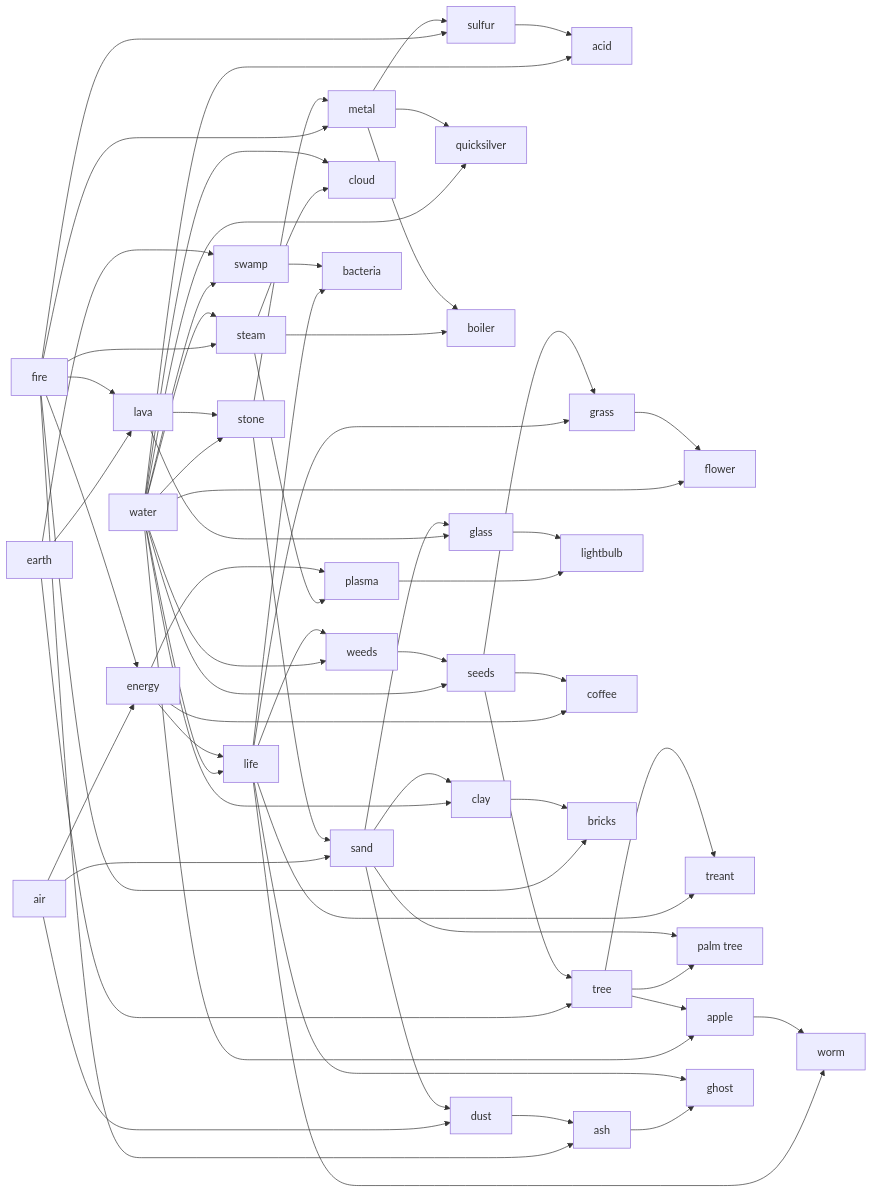
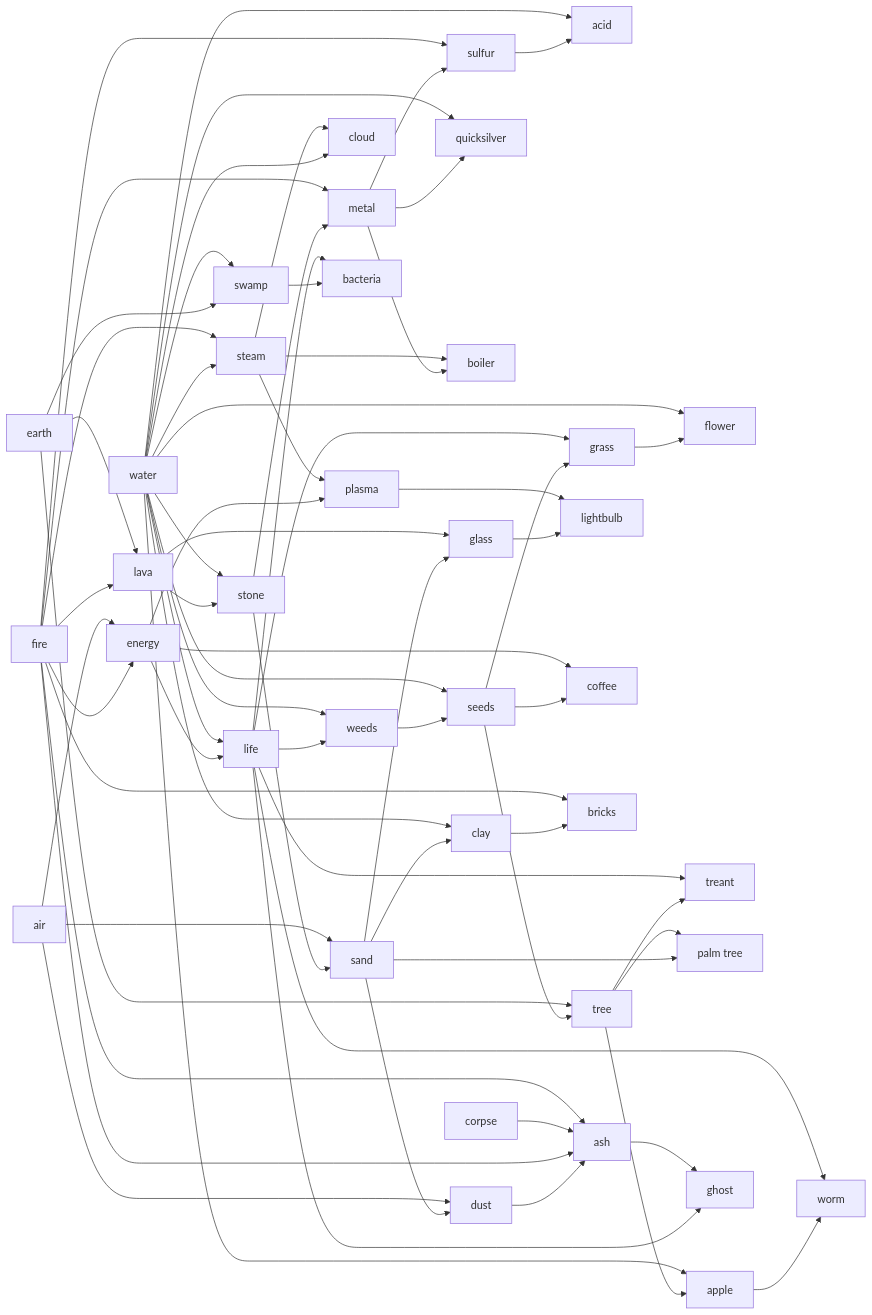
Before and after one commit to res0nat0r/doodle-god: the diagram in README.md, drawn with Mermaid.

````diff
--- a/README.md
+++ b/README.md
@@ -99,4 +99,7 @@
 
 swamp --> bacteria
 life --> bacteria
+
+corpse --> ash
+fire --> ash
 ```
````
